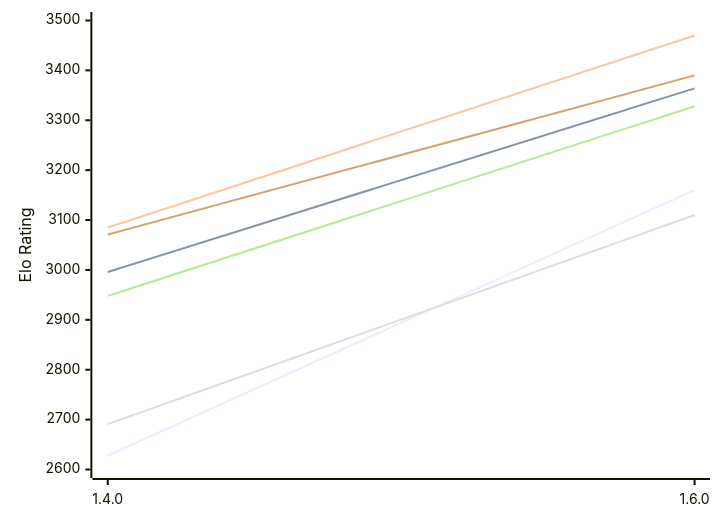
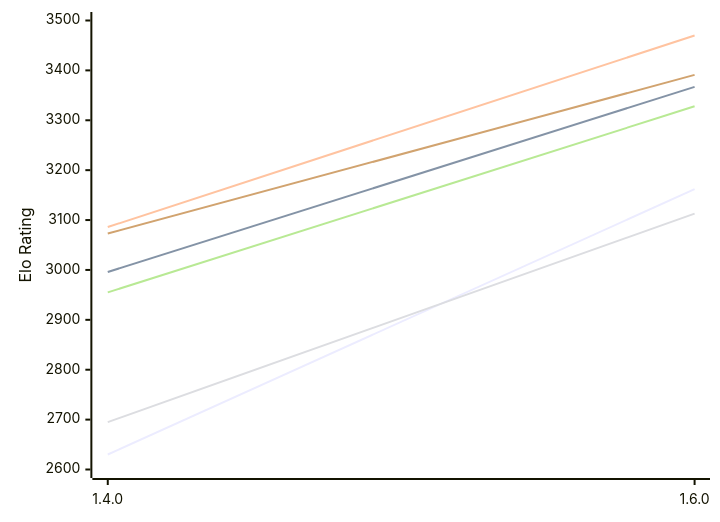
The first of 2 diagrams in engines/Gyatso.md (computer-chess-index/cci), drawn with Mermaid before and after one commit. The commit also changed other lines of this file, not shown here.

Commit message:
Update CCI Ratings (ELO VLTC) - 2026-11-17

````diff
--- a/engines/Gyatso.md
+++ b/engines/Gyatso.md
@@ -53,12 +53,12 @@
 ```mermaid
 %%{init: {"theme":"base","themeVariables":{"seriesColors:['#a3a3a3','#222221','#faa371']}}}%%
 xychart-beta
   x-axis ["1.4.0", "1.6.0"]
   y-axis "Elo Rating" 2600 --> 3500
-  line "E1: STC (8.0+0.08s)" [2628, 3160]
-  line "E1: LTC (60.0+0.60s)" [2996, 3364]
-  line "E1: VLTC (2m24s+1.12s)" [3085, 3470]
-  line "P1: STC (8.0+0.08s)" [2691, 3110]
-  line "P1: LTC (60.0+0.60s)" [2948, 3328]
-  line "P1: VLTC (2m24s+1.12s)" [3071, 3390]
+  line "E1: STC (8.0+0.08s)" [2630, 3162]
+  line "E1: LTC (60.0+0.60s)" [2996, 3367]
+  line "E1: VLTC (2m24s+1.12s)" [3086, 3470]
+  line "P1: STC (8.0+0.08s)" [2695, 3113]
+  line "P1: LTC (60.0+0.60s)" [2955, 3328]
+  line "P1: VLTC (2m24s+1.12s)" [3073, 3391]
 ```
````
